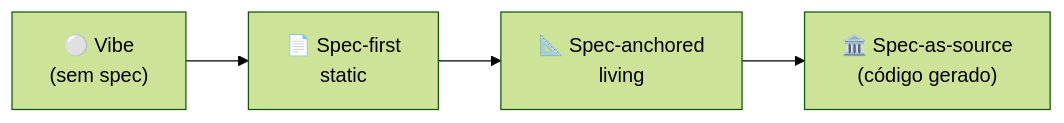
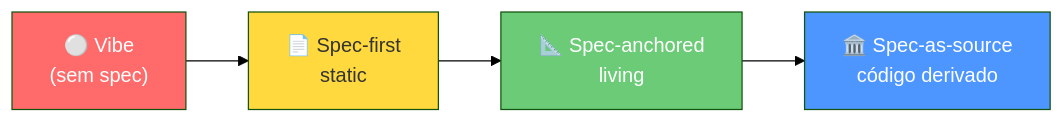
Before and after one commit to josenaldo/codex-technomanticus: the first of 2 diagrams in 03-Dominios/Tecnologia/IA/Spec-Driven Development/03 - Níveis de rigor — spec-first, spec-anchored, spec-as-source.md, drawn with Mermaid (forest theme). The commit also changed other lines of this file, not shown here.

````diff
--- a/03-Dominios/Tecnologia/IA/Spec-Driven Development/03 - Níveis de rigor — spec-first, spec-anchored, spec-as-source.md
+++ b/03-Dominios/Tecnologia/IA/Spec-Driven Development/03 - Níveis de rigor — spec-first, spec-anchored, spec-as-source.md
@@ -27,6 +33,11 @@
 ```mermaid
 graph LR
     A["⚪ Vibe<br/>(sem spec)"] --> B["📄 Spec-first<br/>static"]
     B --> C["📐 Spec-anchored<br/>living"]
-    C --> D["🏛️ Spec-as-source<br/>(código gerado)"]
+    C --> D["🏛️ Spec-as-source<br/>código derivado"]
+
+    style A fill:#ff6b6b,color:#fff
+    style B fill:#ffd93d,color:#333
+    style C fill:#6bcb77,color:#fff
+    style D fill:#4d96ff,color:#fff
 ```
````
